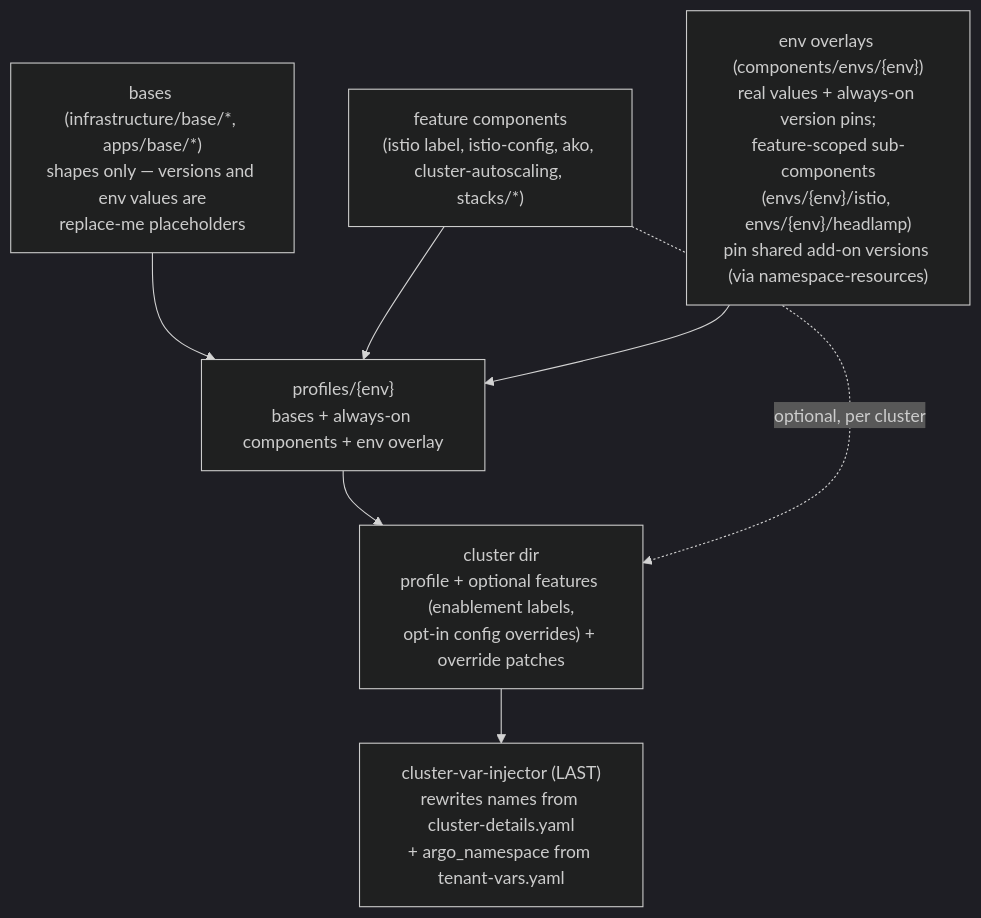
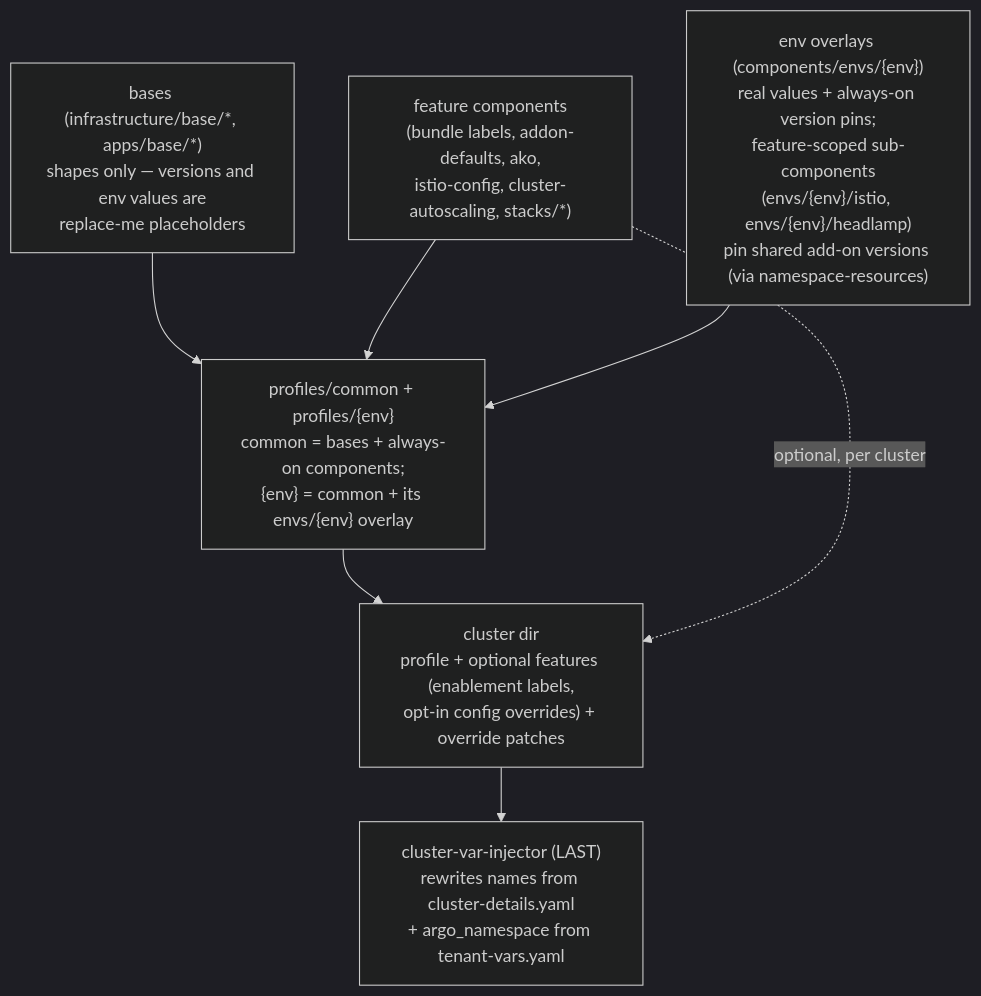
The fourth of 6 diagrams in docs/ARCHITECTURE.md (warroyo/argocd-scaffolding), drawn with Mermaid (dark theme) before and after one commit. The commit also changed other lines of this file and 28 other files, not shown here.

First line of the commit message:
refactor: shared profile base + a home for required add-on config

````diff
--- a/docs/ARCHITECTURE.md
+++ b/docs/ARCHITECTURE.md
@@ -191,16 +191,16 @@
 ```mermaid
 flowchart TB
     bases["bases (infrastructure/base/*, apps/base/*)<br/>shapes only — versions and env values are<br/>replace-me placeholders"]
-    comps["feature components<br/>(istio label, istio-config, ako, cluster-autoscaling, stacks/*)"]
+    comps["feature components<br/>(bundle labels, addon-defaults, ako,<br/>istio-config, cluster-autoscaling, stacks/*)"]
     envs["env overlays (components/envs/{env})<br/>real values + always-on version pins;<br/>feature-scoped sub-components<br/>(envs/{env}/istio, envs/{env}/headlamp)<br/>pin shared add-on versions (via namespace-resources)"]
-    profile["profiles/{env}<br/>bases + always-on components + env overlay"]
+    profile["profiles/common + profiles/{env}<br/>common = bases + always-on components;<br/>{env} = common + its envs/{env} overlay"]
     cluster["cluster dir<br/>profile + optional features (enablement labels,<br/>opt-in config overrides) + override patches"]
     inject["cluster-var-injector (LAST)<br/>rewrites names from cluster-details.yaml<br/>+ argo_namespace from tenant-vars.yaml"]
 
     bases --> profile
     comps --> profile
     envs --> profile
     profile --> cluster
     comps -. "optional, per cluster" .-> cluster
     cluster --> inject
 ```
````
